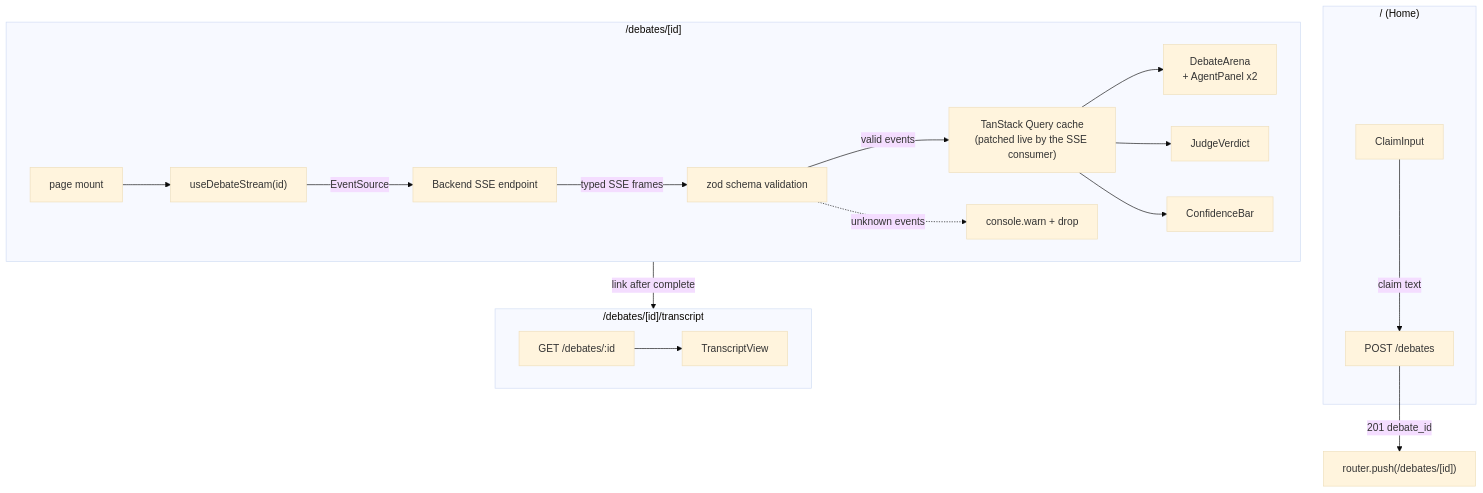
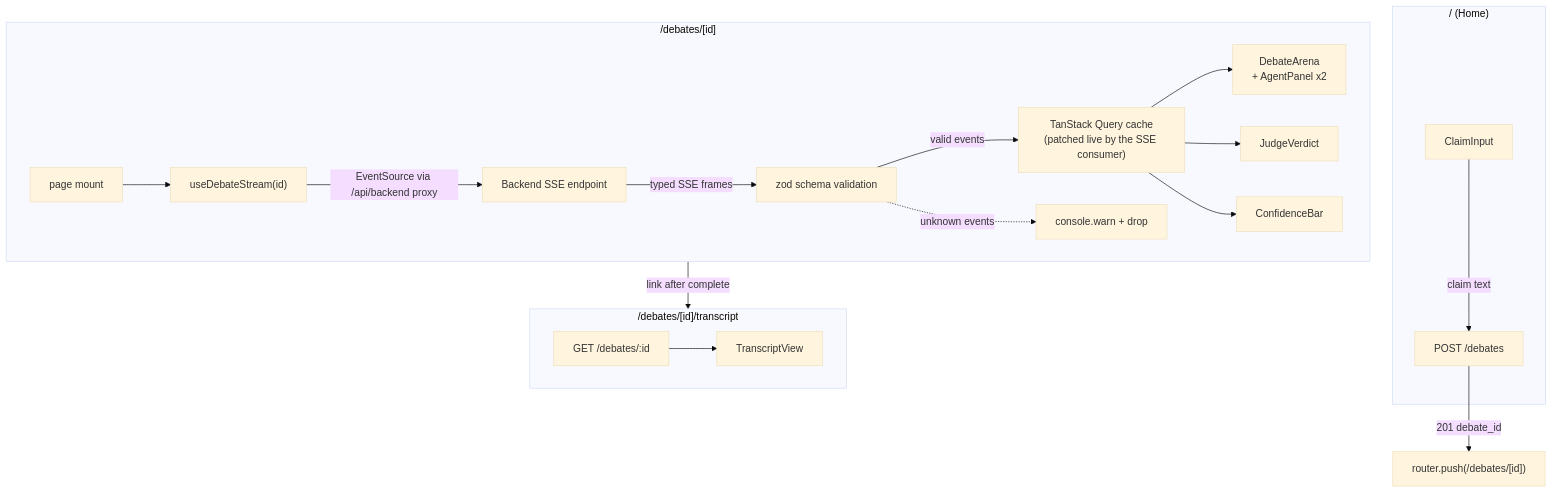
The second of 3 diagrams in docs/ARCHITECTURE.md (Abdul-Muizz1310/paper-trail-frontend), drawn with Mermaid (base theme) before and after one commit. The commit also changed other lines of this file and 36 other files, not shown here.

First line of the commit message:
feat(api): proxy backend calls with a signed platform token

````diff
--- a/docs/ARCHITECTURE.md
+++ b/docs/ARCHITECTURE.md
@@ -37,25 +45,25 @@
 ```mermaid
 flowchart TD
     subgraph HomePage ["/ (Home)"]
         ClaimInput[ClaimInput] -->|claim text| POST["POST /debates"]
     end
 
     POST -->|201 debate_id| Navigate["router.push(/debates/[id])"]
 
     subgraph DebateView ["/debates/[id]"]
         Mount["page mount"] --> SSEHook["useDebateStream(id)"]
-        SSEHook -->|EventSource| Backend["Backend SSE endpoint"]
+        SSEHook -->|EventSource via /api/backend proxy| Backend["Backend SSE endpoint"]
         Backend -->|typed SSE frames| Validate["zod schema validation"]
         Validate -->|valid events| Cache["TanStack Query cache<br/>(patched live by the SSE consumer)"]
         Validate -.->|unknown events| Log["console.warn + drop"]
         Cache --> ArenaView["DebateArena<br/>+ AgentPanel x2"]
         Cache --> VerdictView["JudgeVerdict"]
         Cache --> ConfBar["ConfidenceBar"]
     end
 
     subgraph TranscriptPage ["/debates/[id]/transcript"]
         Fetch["GET /debates/:id"] --> TranscriptComp["TranscriptView"]
     end
 
     DebateView -->|link after complete| TranscriptPage
 ```
````
